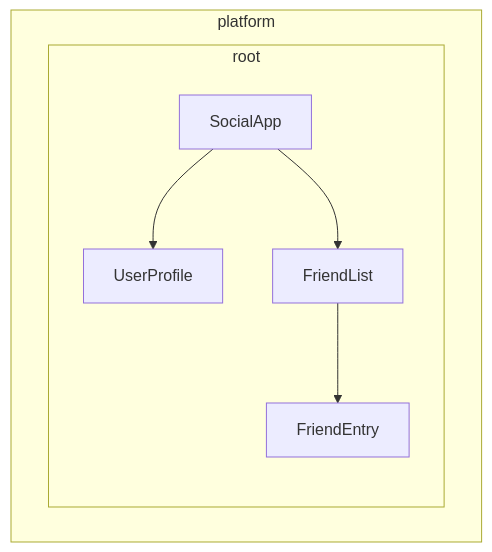
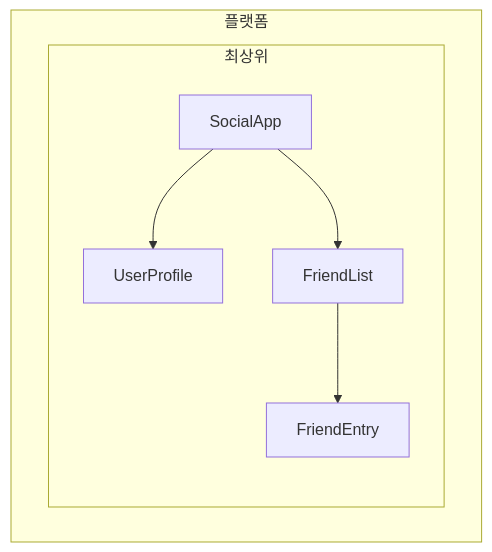
Before and after one commit to han41858/angular-ko: the diagram in adev/src/content/guide/di/defining-dependency-providers.md, drawn with Mermaid. The commit also changed other lines of this file and 1 other file, not shown here.

````diff
--- a/adev/src/content/guide/di/defining-dependency-providers.md
+++ b/adev/src/content/guide/di/defining-dependency-providers.md
@@ -211,11 +483,11 @@
 ```mermaid
 graph TD
-    subgraph platform
-        subgraph root
+    subgraph 플랫폼
+        subgraph 최상위
             direction TB
             A[SocialApp] --> B[UserProfile]
             A --> C[FriendList]
             C --> D[FriendEntry]
         end
     end
 ```
````
